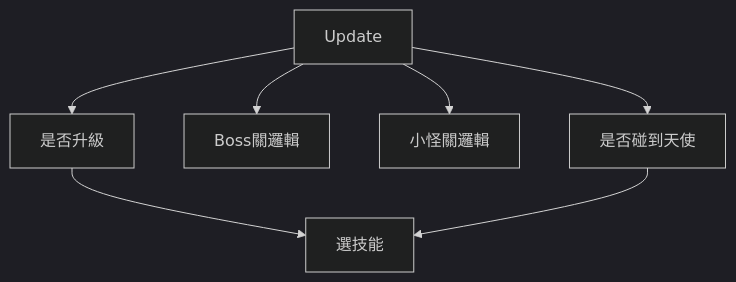
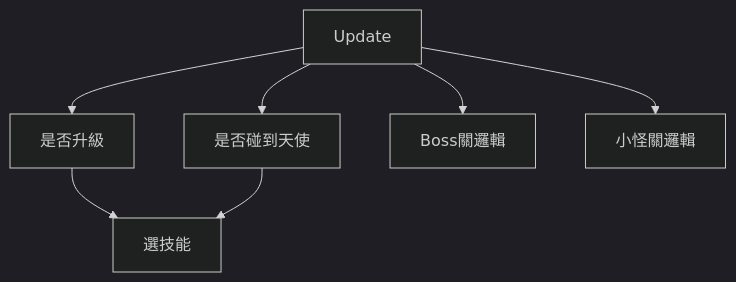
Before and after one commit to Du-Brandon/oop_game: the first of 2 diagrams in final_report/2025OOPL_Final.md, drawn with Mermaid (dark theme). The commit also changed other lines of this file, not shown here.

````diff
--- a/final_report/2025OOPL_Final.md
+++ b/final_report/2025OOPL_Final.md
@@ -32,11 +32,11 @@
 ```mermaid
 graph TD
     Update --> 是否升級
+    Update --> 是否碰到天使
     Update --> Boss關邏輯
     Update --> 小怪關邏輯
-    Update --> 是否碰到天使
 
     是否升級 -->  選技能
     是否碰到天使 --> 選技能
 
 ```
````
